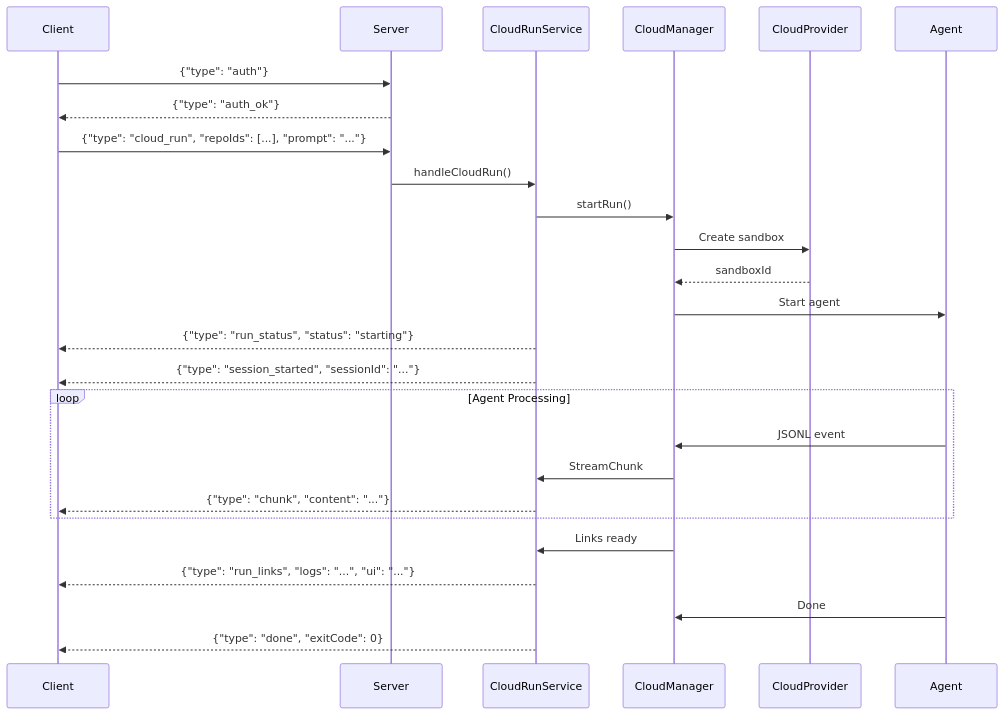
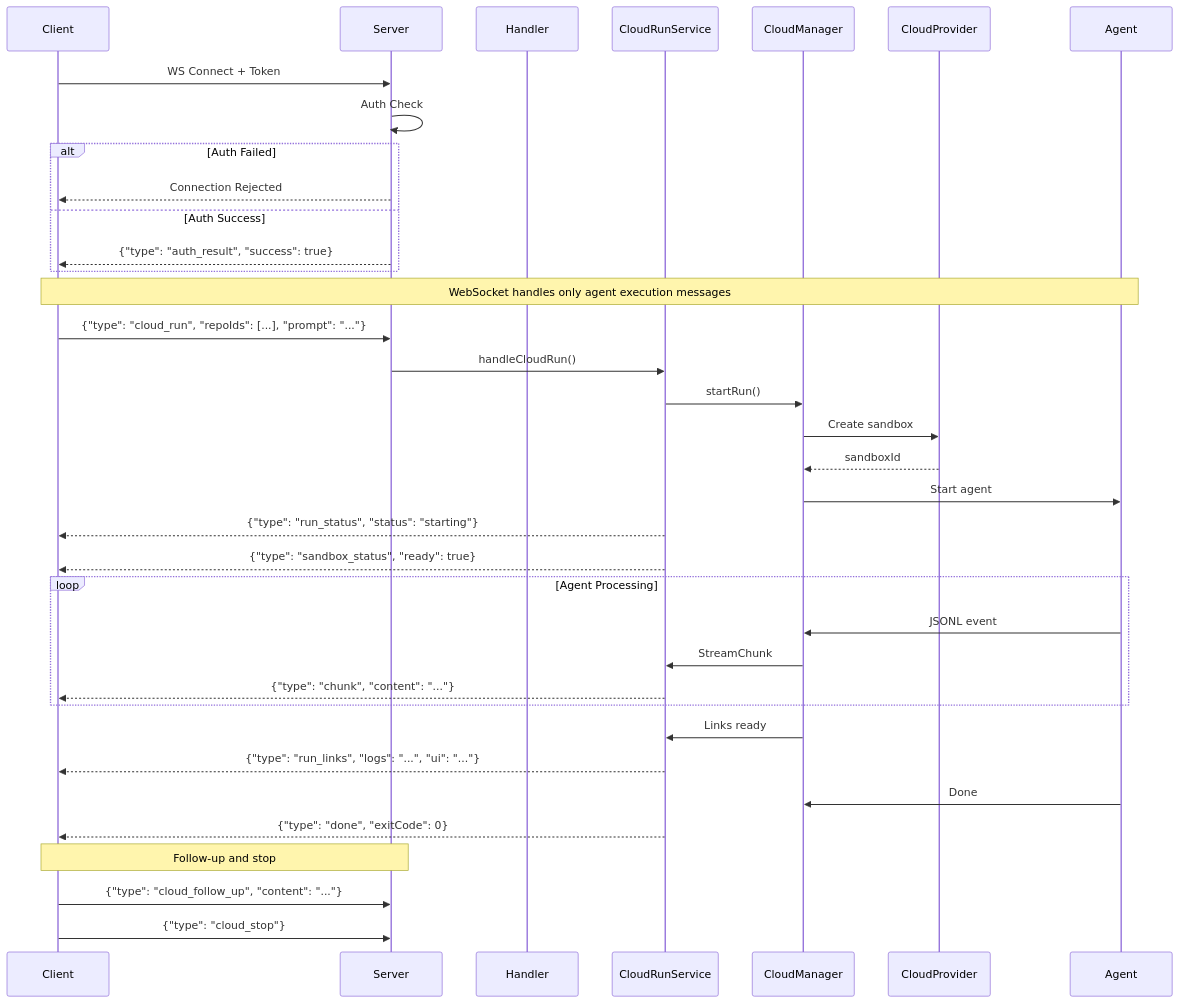
The fifth of 13 diagrams in docs/DATA_FLOW.md (MichaelC001/tintin), drawn with Mermaid before and after one commit. The commit also changed other lines of this file and 4 other files, not shown here.

First line of the commit message:
docs: update documentation to reflect WebSocket→HTTP REST migration

````diff
--- a/docs/DATA_FLOW.md
+++ b/docs/DATA_FLOW.md
@@ -150,34 +158,47 @@
 ```mermaid
 sequenceDiagram
     participant C as Client
     participant S as Server
+    participant H as Handler
     participant CRS as CloudRunService
     participant CM as CloudManager
     participant CP as CloudProvider
     participant A as Agent
 
-    C->>S: {"type": "auth"}
-    S-->>C: {"type": "auth_ok"}
+    C->>S: WS Connect + Token
+    S->>S: Auth Check
+
+    alt Auth Failed
+        S-->>C: Connection Rejected
+    else Auth Success
+        S-->>C: {"type": "auth_result", "success": true}
+    end
+
+    Note over C, A: WebSocket handles only agent execution messages
 
     C->>S: {"type": "cloud_run", "repoIds": [...], "prompt": "..."}
     S->>CRS: handleCloudRun()
     CRS->>CM: startRun()
     CM->>CP: Create sandbox
     CP-->>CM: sandboxId
     CM->>A: Start agent
 
     CRS-->>C: {"type": "run_status", "status": "starting"}
-    CRS-->>C: {"type": "session_started", "sessionId": "..."}
+    CRS-->>C: {"type": "sandbox_status", "ready": true}
 
     loop Agent Processing
         A->>CM: JSONL event
         CM->>CRS: StreamChunk
         CRS-->>C: {"type": "chunk", "content": "..."}
     end
 
     CM->>CRS: Links ready
     CRS-->>C: {"type": "run_links", "logs": "...", "ui": "..."}
 
     A->>CM: Done
     CRS-->>C: {"type": "done", "exitCode": 0}
+
+    Note over C, S: Follow-up and stop
+    C->>S: {"type": "cloud_follow_up", "content": "..."}
+    C->>S: {"type": "cloud_stop"}
 ```
````
